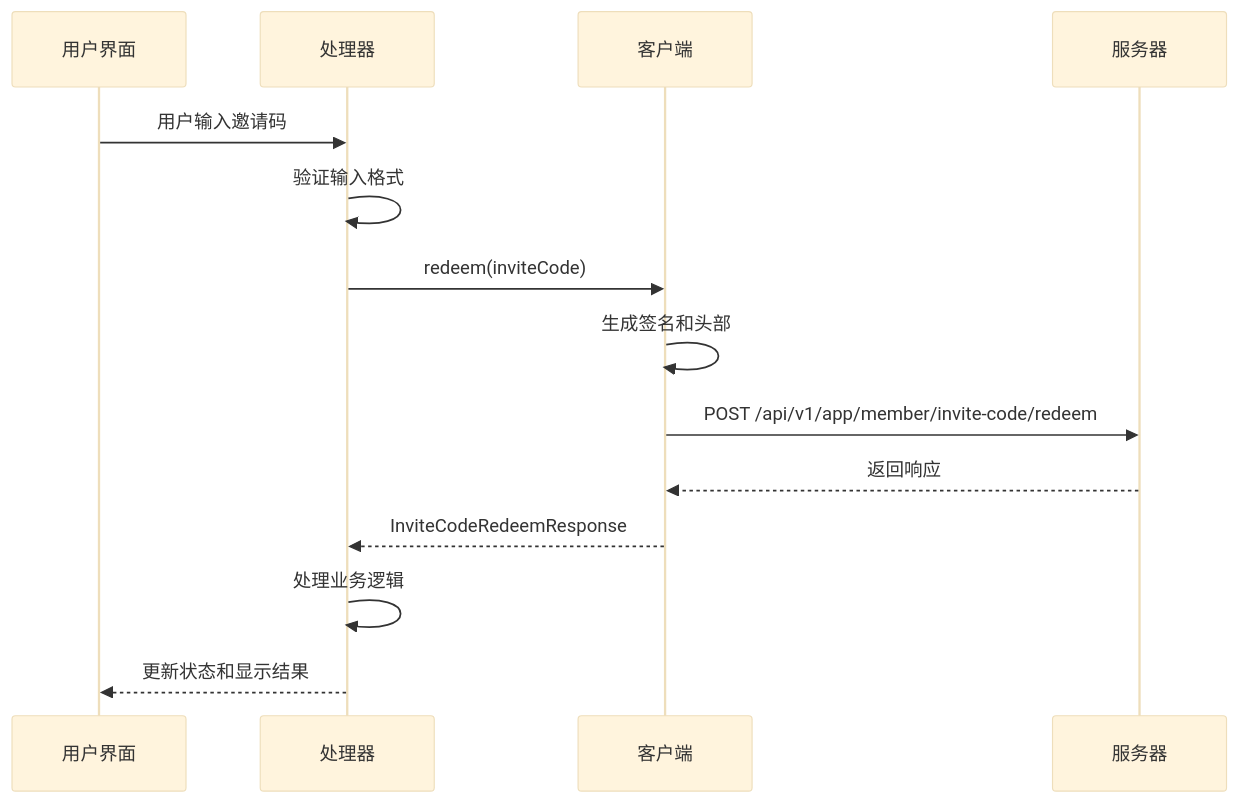
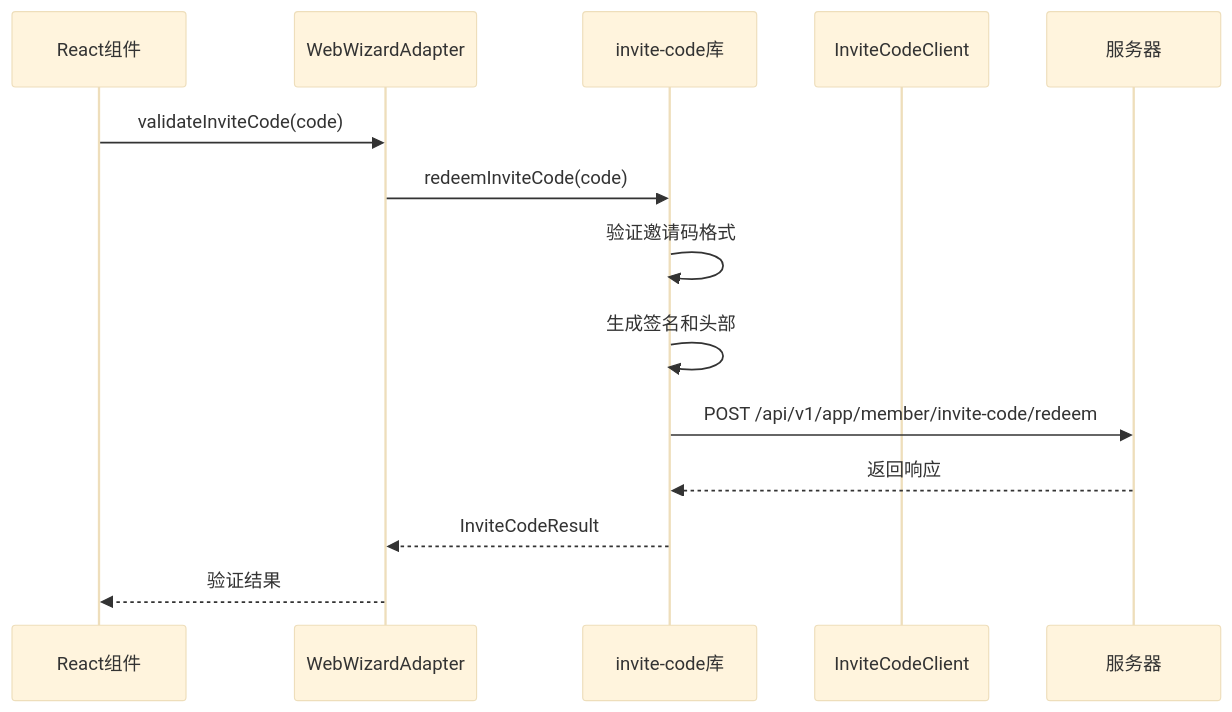
One commit to verse-ai-org/openclaw changed the third of 13 diagrams in .qoder/repowiki/zh/content/核心概念/邀请码API客户端.md. Above: the diagram before and after it, drawn with Mermaid (base theme). The commit also changed other lines of this file and 24 other files, not shown here.

````diff
--- a/.qoder/repowiki/zh/content/核心概念/邀请码API客户端.md
+++ b/.qoder/repowiki/zh/content/核心概念/邀请码API客户端.md
@@ -121,16 +148,16 @@
 ```mermaid
 sequenceDiagram
-participant UI as 用户界面
-participant Handler as 处理器
-participant Client as 客户端
+participant UI as React组件
+participant Adapter as WebWizardAdapter
+participant Lib as invite-code库
+participant Client as InviteCodeClient
 participant Server as 服务器
-UI->>Handler : 用户输入邀请码
-Handler->>Handler : 验证输入格式
-Handler->>Client : redeem(inviteCode)
-Client->>Client : 生成签名和头部
-Client->>Server : POST /api/v1/app/member/invite-code/redeem
-Server-->>Client : 返回响应
-Client-->>Handler : InviteCodeRedeemResponse
-Handler->>Handler : 处理业务逻辑
-Handler-->>UI : 更新状态和显示结果
+UI->>Adapter : validateInviteCode(code)
+Adapter->>Lib : redeemInviteCode(code)
+Lib->>Lib : 验证邀请码格式
+Lib->>Lib : 生成签名和头部
+Lib->>Server : POST /api/v1/app/member/invite-code/redeem
+Server-->>Lib : 返回响应
+Lib-->>Adapter : InviteCodeResult
+Adapter-->>UI : 验证结果
 ```
````
